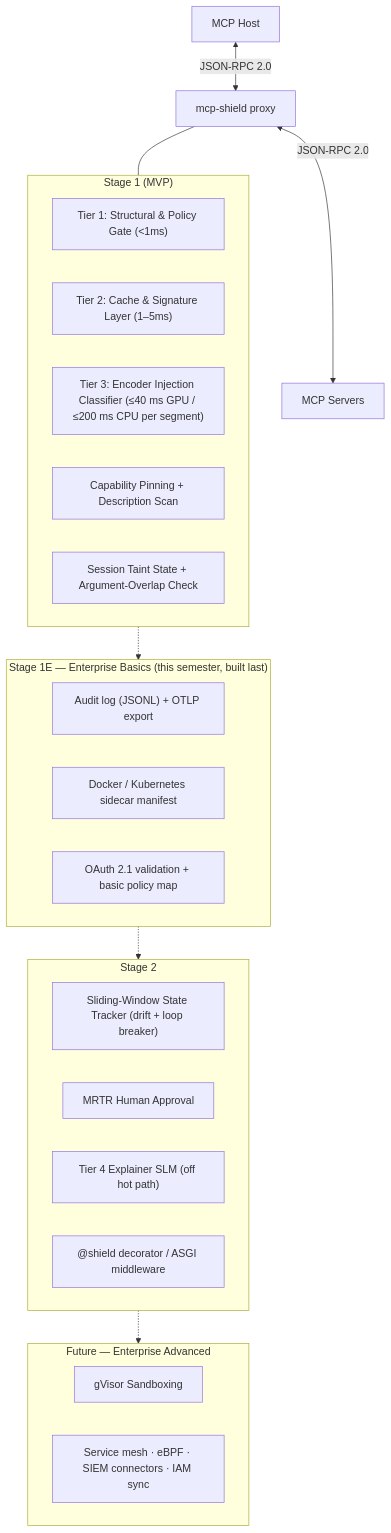
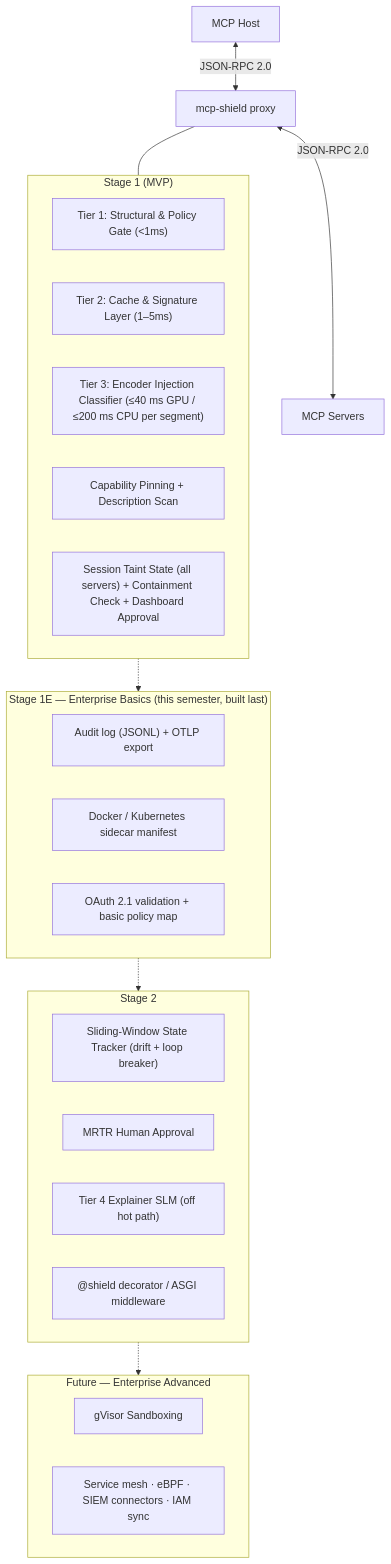
Before and after one commit to rishikeshvarma/MCP-Shield: the diagram in 06 - Fortified Solution & Defense Upgrades.md, drawn with Mermaid. The commit also changed other lines of this file and 18 other files, not shown here.

````diff
--- a/06 - Fortified Solution & Defense Upgrades.md
+++ b/06 - Fortified Solution & Defense Upgrades.md
@@ -26,36 +26,36 @@
 ```mermaid
 graph TD
     Host["MCP Host"] <-->|"JSON-RPC 2.0"| Proxy["mcp-shield proxy"]
     Proxy <-->|"JSON-RPC 2.0"| Servers["MCP Servers"]
 
     subgraph Stage1["Stage 1 (MVP)"]
         F1["Tier 1: Structural & Policy Gate (<1ms)"]
         F2["Tier 2: Cache & Signature Layer (1–5ms)"]
         F3["Tier 3: Encoder Injection Classifier (≤40 ms GPU / ≤200 ms CPU per segment)"]
         F4["Capability Pinning + Description Scan"]
-        F5["Session Taint State + Argument-Overlap Check"]
+        F5["Session Taint State (all servers) + Containment Check + Dashboard Approval"]
     end
 
     subgraph Stage2["Stage 2"]
         F6["Sliding-Window State Tracker (drift + loop breaker)"]
         F7["MRTR Human Approval"]
         F8["Tier 4 Explainer SLM (off hot path)"]
         F9["@shield decorator / ASGI middleware"]
     end
 
     subgraph Stage1E["Stage 1E — Enterprise Basics (this semester, built last)"]
         F12["Audit log (JSONL) + OTLP export"]
         F13["Docker / Kubernetes sidecar manifest"]
         F14["OAuth 2.1 validation + basic policy map"]
     end
 
     subgraph Future["Future — Enterprise Advanced"]
         F10["gVisor Sandboxing"]
         F11["Service mesh · eBPF · SIEM connectors · IAM sync"]
     end
 
     Proxy --- Stage1
     Stage1 -.-> Stage1E
     Stage1E -.-> Stage2
     Stage2 -.-> Future
 ```
````
